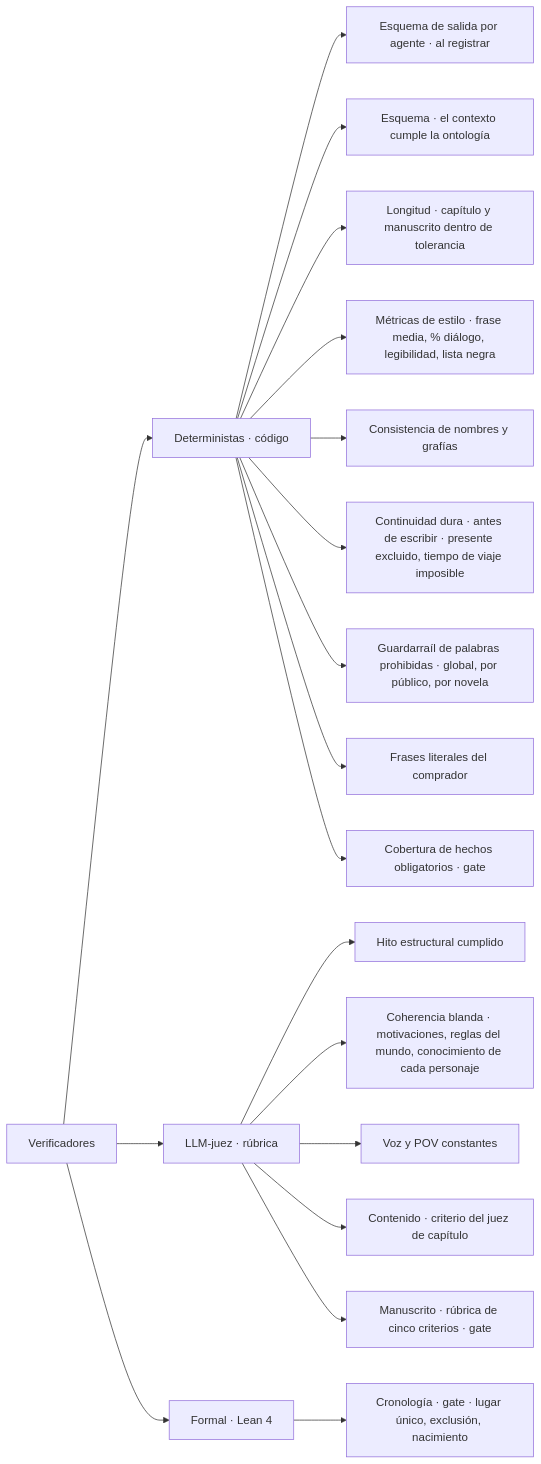
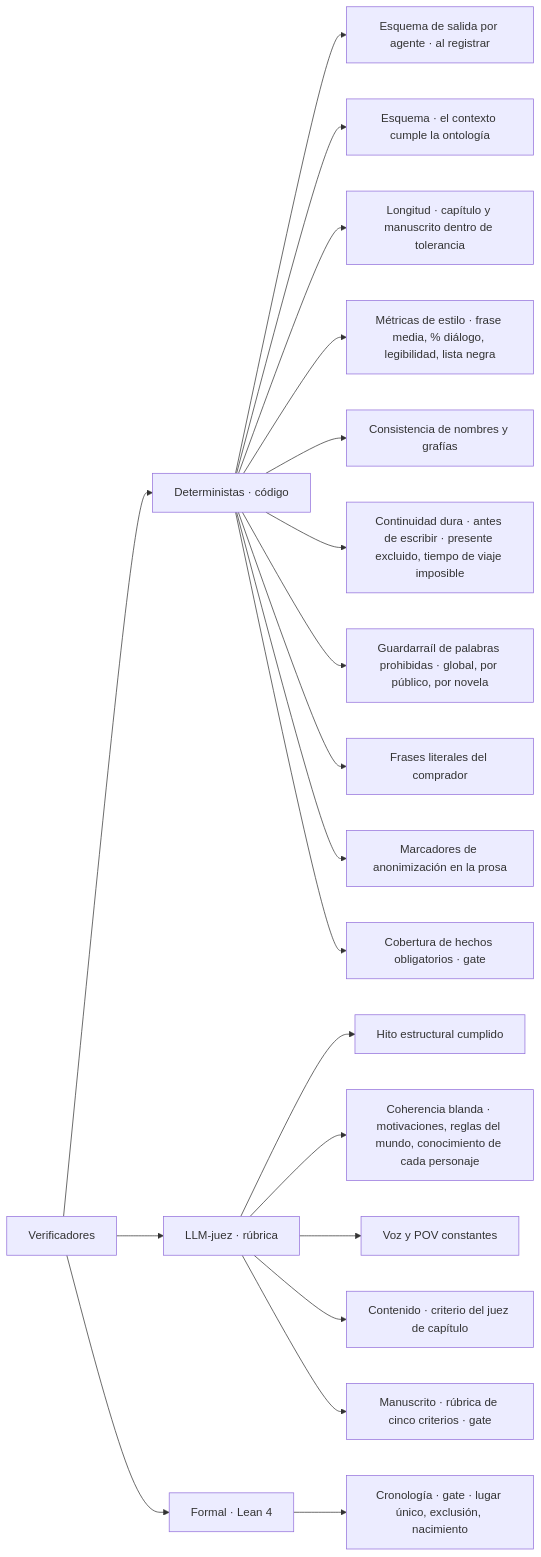
Before and after one commit to Asieribarz/my-story-marker: the fifth of 10 diagrams in docs/architecture.md, drawn with Mermaid. The commit also changed other lines of this file and 38 other files, not shown here.

````diff
--- a/docs/architecture.md
+++ b/docs/architecture.md
@@ -263,21 +263,22 @@
 ```mermaid
 flowchart LR
   V["Verificadores"] --> D["Deterministas · código"]
   D --> D0["Esquema de salida por agente · al registrar"]
   V --> J["LLM-juez · rúbrica"]
   D --> D1["Esquema · el contexto cumple la ontología"]
   D --> D2["Longitud · capítulo y manuscrito dentro de tolerancia"]
   D --> D3["Métricas de estilo · frase media, % diálogo, legibilidad, lista negra"]
   D --> D4["Consistencia de nombres y grafías"]
   D --> D5["Continuidad dura · antes de escribir · presente excluido, tiempo de viaje imposible"]
   D --> D6["Guardarraíl de palabras prohibidas · global, por público, por novela"]
   D --> D7["Frases literales del comprador"]
+  D --> D9["Marcadores de anonimización en la prosa"]
   D --> D8["Cobertura de hechos obligatorios · gate"]
   V --> F["Formal · Lean 4"]
   F --> F1["Cronología · gate · lugar único, exclusión, nacimiento"]
   J --> J1["Hito estructural cumplido"]
   J --> J2["Coherencia blanda · motivaciones, reglas del mundo, conocimiento de cada personaje"]
   J --> J3["Voz y POV constantes"]
   J --> J4["Contenido · criterio del juez de capítulo"]
   J --> J5["Manuscrito · rúbrica de cinco criterios · gate"]
 ```
````
